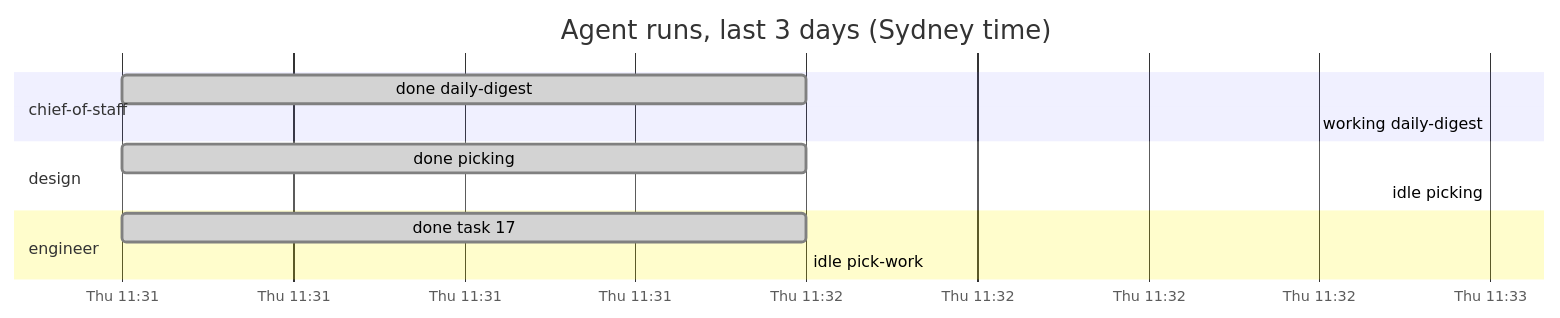
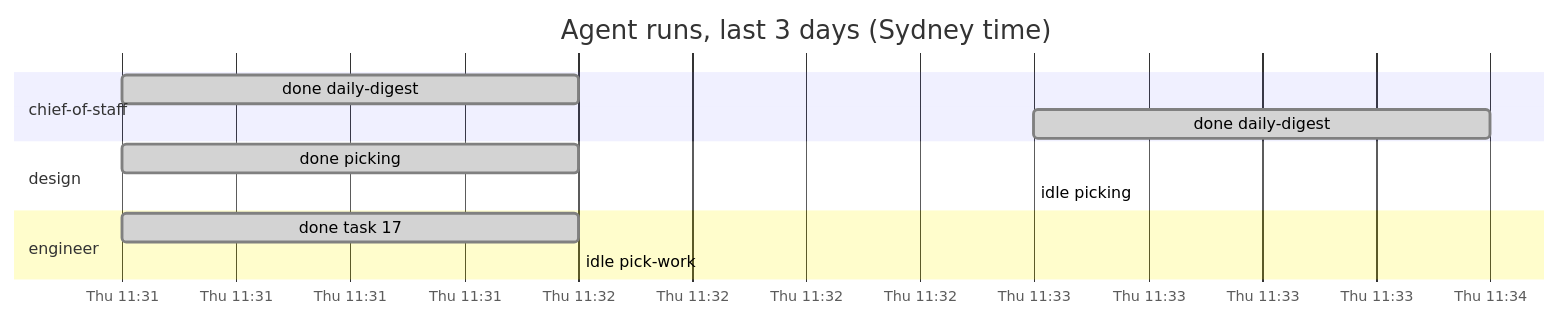
The diagram in dashboard.md (roulmediateam-byte/fifteen-expert-hq), drawn with Mermaid before and after one commit. The commit also changed other lines of this file and 1 other file, not shown here.

````diff
--- a/dashboard.md
+++ b/dashboard.md
@@ -31,15 +31,15 @@
 ```mermaid
 gantt
     title Agent runs, last 3 days (Sydney time)
     dateFormat YYYY-MM-DD HH:mm
     axisFormat %a %H:%M
     section chief-of-staff
     done daily-digest :done, 2026-11-05 11:31, 2026-11-05 11:32
-    working daily-digest :active, 2026-11-05 11:33, 2026-11-05 11:33
+    done daily-digest :done, 2026-11-05 11:33, 2026-11-05 11:34
     section design
     done picking :done, 2026-11-05 11:31, 2026-11-05 11:32
     idle picking :done, 2026-11-05 11:33, 2026-11-05 11:33
     section engineer
     done task 17 :done, 2026-11-05 11:31, 2026-11-05 11:32
     idle pick-work :done, 2026-11-05 11:32, 2026-11-05 11:32
 ```
````
